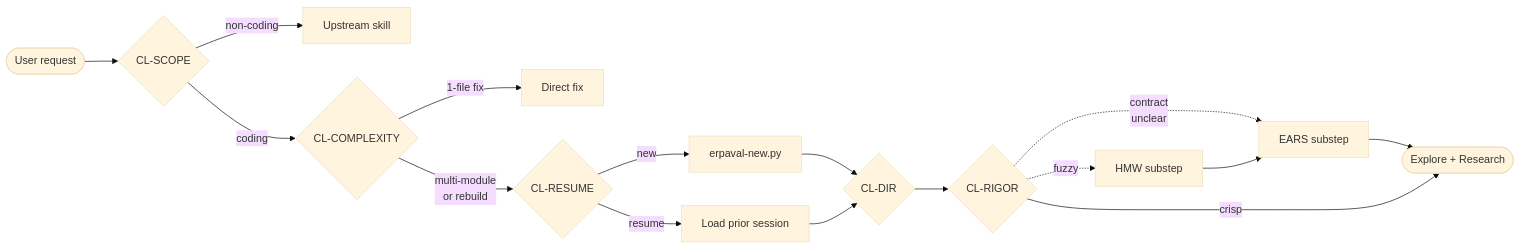
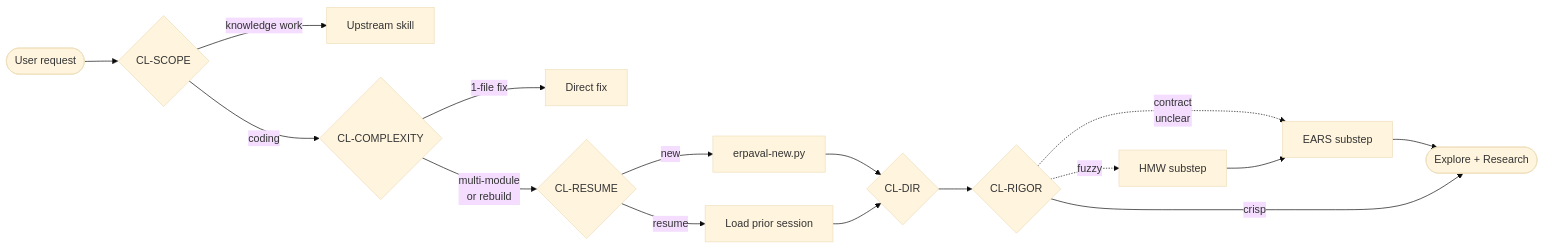
Before and after one commit to theagenticguy/erpaval: the second of 7 diagrams in README.md, drawn with Mermaid (base theme). The commit also changed other lines of this file, not shown here.

Commit message:
docs: reframe non-coding work as knowledge work in CL-SCOPE

````diff
--- a/README.md
+++ b/README.md
@@ -82,17 +82,17 @@
 ```mermaid
 flowchart LR
   IN([User request]) --> SCOPE{CL-SCOPE}
-  SCOPE -->|non-coding| ROUTE[Upstream skill]
+  SCOPE -->|knowledge work| ROUTE[Upstream skill]
   SCOPE -->|coding| COMPLEX{CL-COMPLEXITY}
   COMPLEX -->|1-file fix| DIRECT[Direct fix]
   COMPLEX -->|multi-module<br/>or rebuild| RESUME{CL-RESUME}
   RESUME -->|new| NEW[erpaval-new.py]
   RESUME -->|resume| LOAD[Load prior session]
   NEW & LOAD --> DIR{CL-DIR}
   DIR --> RIGOR{CL-RIGOR}
   RIGOR -.->|fuzzy| HMW[HMW substep]
   RIGOR -.->|contract<br/>unclear| EARS[EARS substep]
   HMW --> EARS
   EARS --> ER([Explore + Research])
   RIGOR -->|crisp| ER
 ```
````
